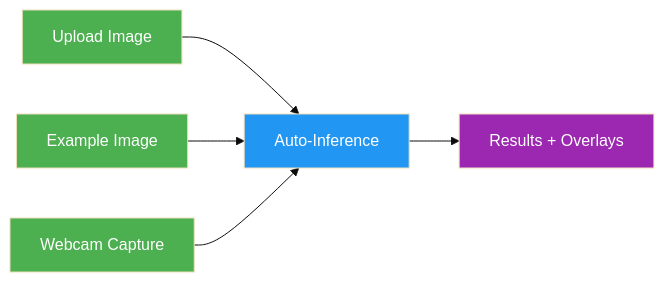
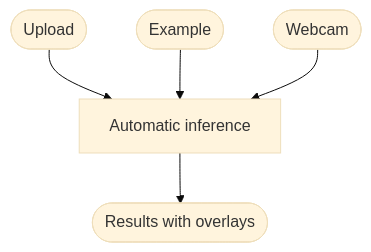
The diagram in docs/en/platform/deploy/inference.md (ultralytics/ultralytics), drawn with Mermaid (base theme) before and after one commit. The commit also changed 20 other files, not shown here.

Commit message:
Migrate docs Mermaid diagrams to the unified design system (#26573)

````diff
--- a/docs/en/platform/deploy/inference.md
+++ b/docs/en/platform/deploy/inference.md
@@ -40,11 +40,7 @@
 ```mermaid
-graph LR
-    A[Upload Image]:::start --> D[Auto-Inference]:::proc
-    B[Example Image]:::start --> D
-    C[Webcam Capture]:::start --> D
-    D --> E[Results + Overlays]:::out
-
-    classDef start fill:#4CAF50,color:#fff
-    classDef proc fill:#2196F3,color:#fff
-    classDef out fill:#9C27B0,color:#fff
+flowchart TD
+    A([Upload]) --> D[Automatic inference]
+    B([Example]) --> D
+    C([Webcam]) --> D
+    D --> E([Results with overlays])
 ```
````
